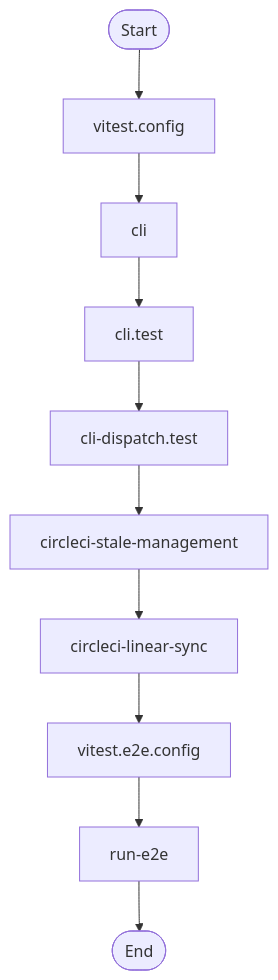
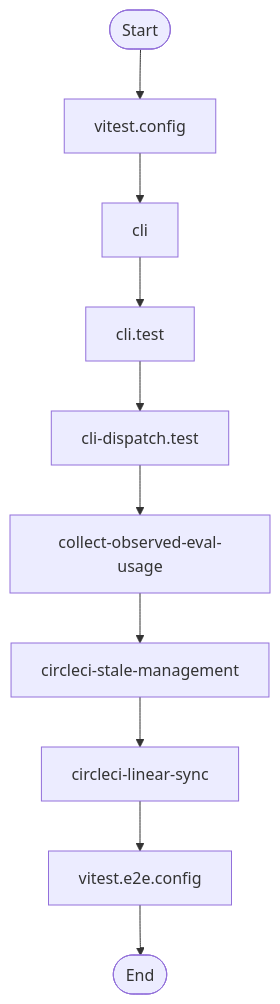
One commit to jscraik/coding-harness changed the tenth of 14 diagrams in AI/context/diagram-context.md. Above: the diagram before and after it, drawn with Mermaid. The commit also changed other lines of this file and 131 other files, not shown here.

````diff
--- a/AI/context/diagram-context.md
+++ b/AI/context/diagram-context.md
@@ -1570,23 +1591,23 @@
 ```mermaid
 flowchart TD
   Start(["Start"])
   vitest_config_a9f1245e["vitest.config"]
   Start --> vitest_config_a9f1245e
   cli_99bb8840["cli"]
   vitest_config_a9f1245e --> cli_99bb8840
   cli_test_4851f28b["cli.test"]
   cli_99bb8840 --> cli_test_4851f28b
   cli_dispatch_test_54c9f17b["cli-dispatch.test"]
   cli_test_4851f28b --> cli_dispatch_test_54c9f17b
+  collect_observed_eval_usage_1724425c["collect-observed-eval-usage"]
+  cli_dispatch_test_54c9f17b --> collect_observed_eval_usage_1724425c
   circleci_stale_management_664de1d9["circleci-stale-management"]
-  cli_dispatch_test_54c9f17b --> circleci_stale_management_664de1d9
+  collect_observed_eval_usage_1724425c --> circleci_stale_management_664de1d9
   circleci_linear_sync_19c0d6da["circleci-linear-sync"]
   circleci_stale_management_664de1d9 --> circleci_linear_sync_19c0d6da
   vitest_e2e_config_4e2a61bc["vitest.e2e.config"]
   circleci_linear_sync_19c0d6da --> vitest_e2e_config_4e2a61bc
-  run_e2e_39efe696["run-e2e"]
-  vitest_e2e_config_4e2a61bc --> run_e2e_39efe696
   End(["End"])
-  run_e2e_39efe696 --> End
+  vitest_e2e_config_4e2a61bc --> End
 
 ```
````
